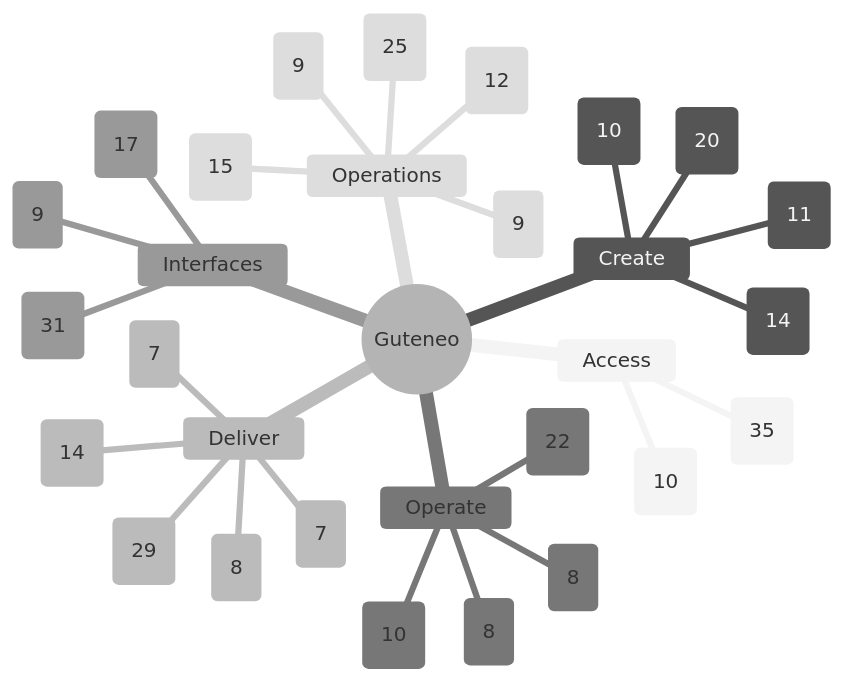
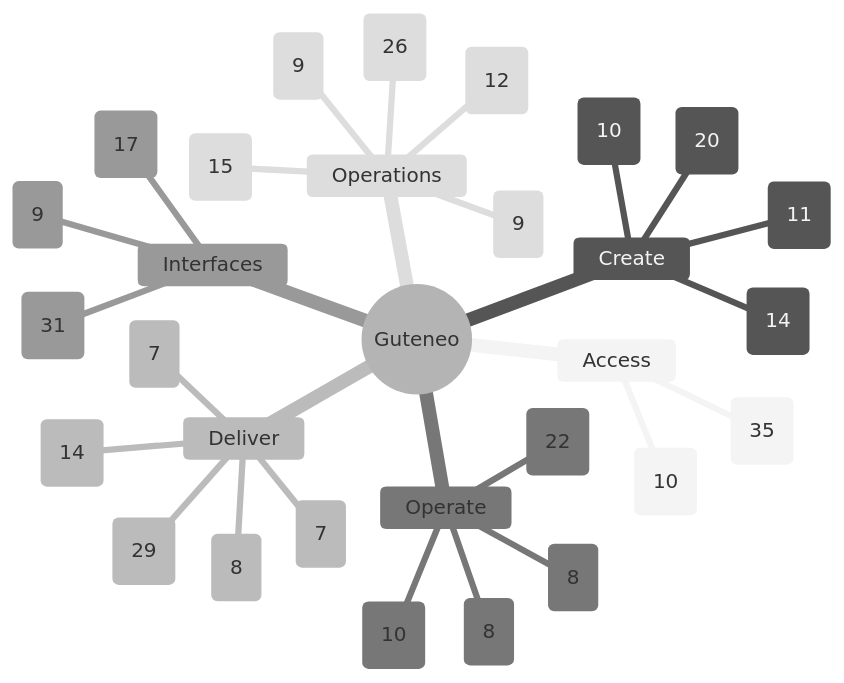
The diagram in docs/FEATURE_MAP.md (nclsppr/guteneo), drawn with Mermaid (neutral theme) before and after one commit. The commit also changed other lines of this file and 10 other files, not shown here.

````diff
--- a/docs/FEATURE_MAP.md
+++ b/docs/FEATURE_MAP.md
@@ -13,33 +13,33 @@
 ```mermaid
 mindmap
   root((Guteneo))
     Access
       Access and identity (35)
       Team and responsibilities (10)
     Create
       Documents and protection (20)
       Template studio (14)
       Data and mappings (10)
       PDF generation and distribution (11)
     Deliver
       Fax (7)
       Postal mail (8)
       Email and protected links (14)
       Sensitive distribution and personal documents (29)
       Dispatch dry run (7)
     Operate
       Campaigns and tracking (8)
       Credits and billing (8)
       Workspace layout and browser appearance (22)
       PDF verification (10)
     Interfaces
       Assistants and API (31)
       iPhone and iPad (9)
       Public pages, languages and appearance (17)
     Operations
       Reviewer OAuth qualification (9)
-      Operations and reliability (25)
+      Operations and reliability (26)
       Belvédère platform oversight (9)
       Public service status (15)
       Engineering documentation (12)
 ```
````
